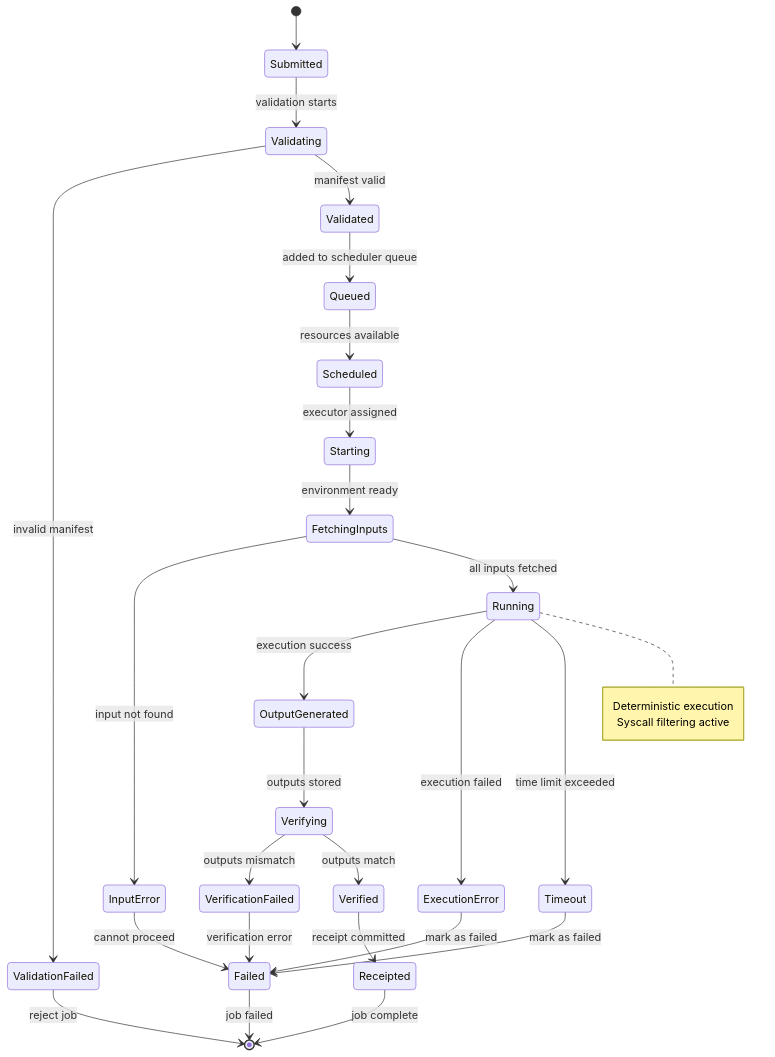
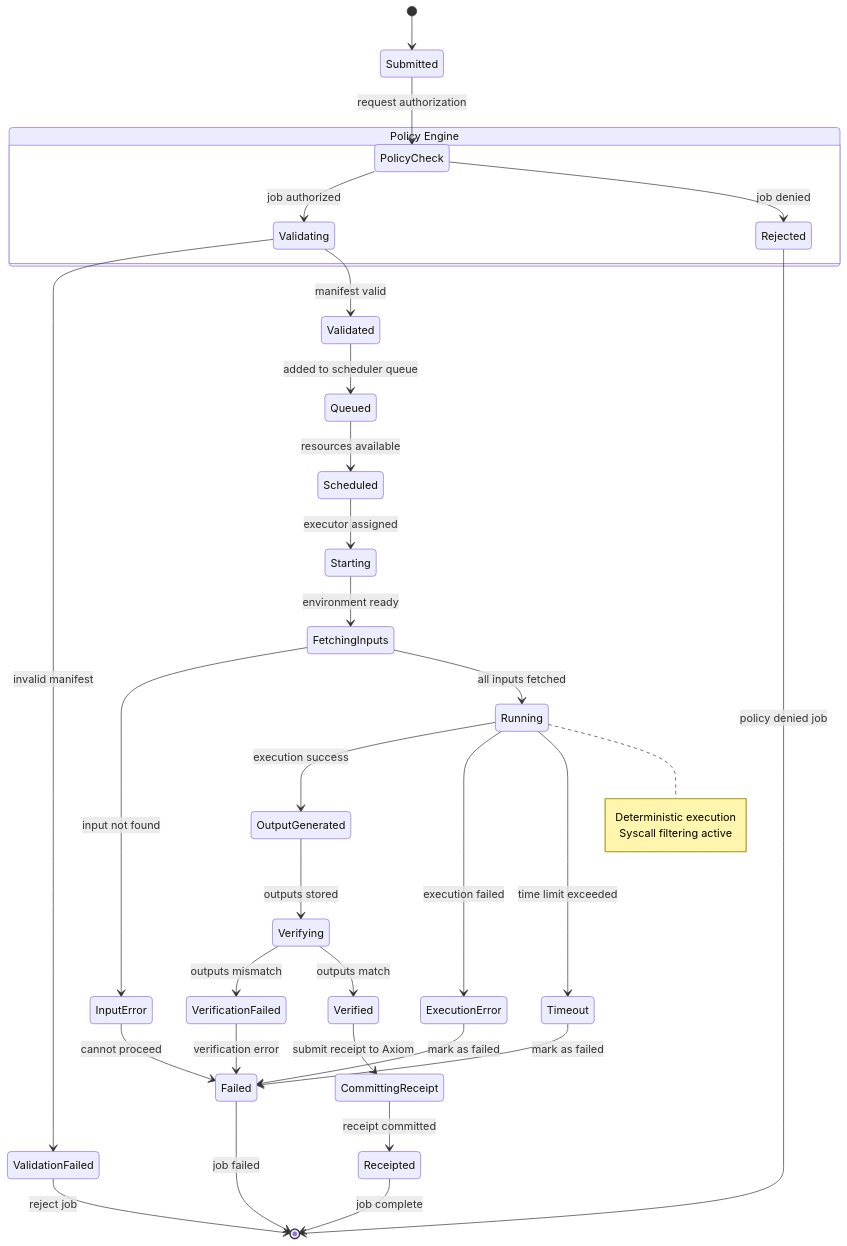
One commit to cypher-asi/zero-os changed the fourth of 18 diagrams in docs/diagrams/state-machines.md. Above: the diagram before and after it, drawn with Mermaid. The commit also changed other lines of this file and 24 other files, not shown here.

````diff
--- a/docs/diagrams/state-machines.md
+++ b/docs/diagrams/state-machines.md
@@ -149,48 +173,57 @@
 ```mermaid
 stateDiagram-v2
     [*] --> Submitted
     
-    Submitted --> Validating: validation starts
+    Submitted --> PolicyCheck: request authorization
+    
+    state "Policy Engine" as pe {
+        PolicyCheck --> Validating: job authorized
+        PolicyCheck --> Rejected: job denied
+    }
+    
+    Rejected --> [*]: policy denied job
     
     Validating --> ValidationFailed: invalid manifest
     Validating --> Validated: manifest valid
     
     ValidationFailed --> [*]: reject job
     
     Validated --> Queued: added to scheduler queue
     
     Queued --> Scheduled: resources available
     
     Scheduled --> Starting: executor assigned
     
     Starting --> FetchingInputs: environment ready
     
     FetchingInputs --> InputError: input not found
     FetchingInputs --> Running: all inputs fetched
     
     InputError --> Failed: cannot proceed
     
     Running --> OutputGenerated: execution success
     Running --> ExecutionError: execution failed
     Running --> Timeout: time limit exceeded
     
     ExecutionError --> Failed: mark as failed
     Timeout --> Failed: mark as failed
     
     OutputGenerated --> Verifying: outputs stored
     
     Verifying --> VerificationFailed: outputs mismatch
     Verifying --> Verified: outputs match
     
     VerificationFailed --> Failed: verification error
     
-    Verified --> Receipted: receipt committed
+    Verified --> CommittingReceipt: submit receipt to Axiom
+    
+    CommittingReceipt --> Receipted: receipt committed
     
     Receipted --> [*]: job complete
     Failed --> [*]: job failed
     
     note right of Running
         Deterministic execution
         Syscall filtering active
     end note
 ```
````
